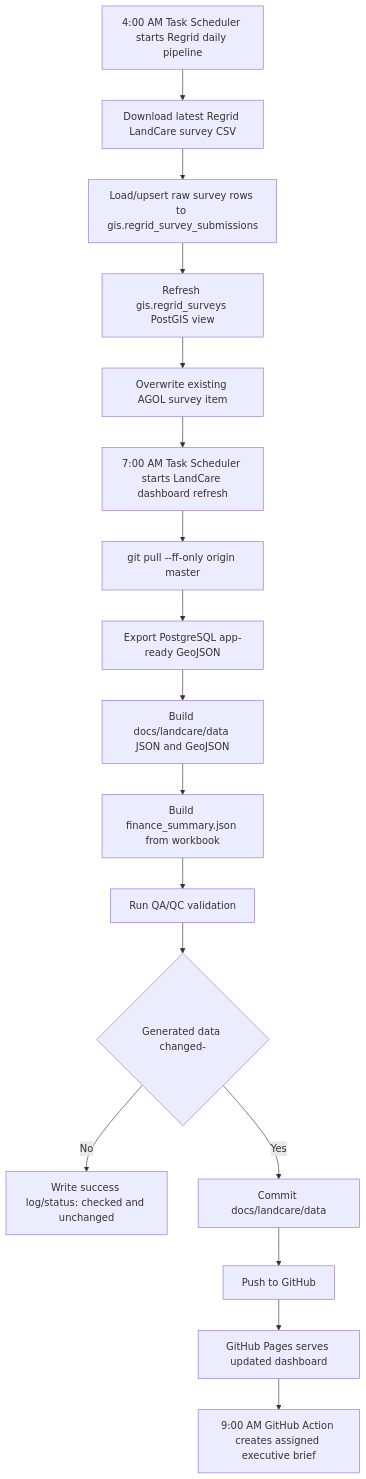
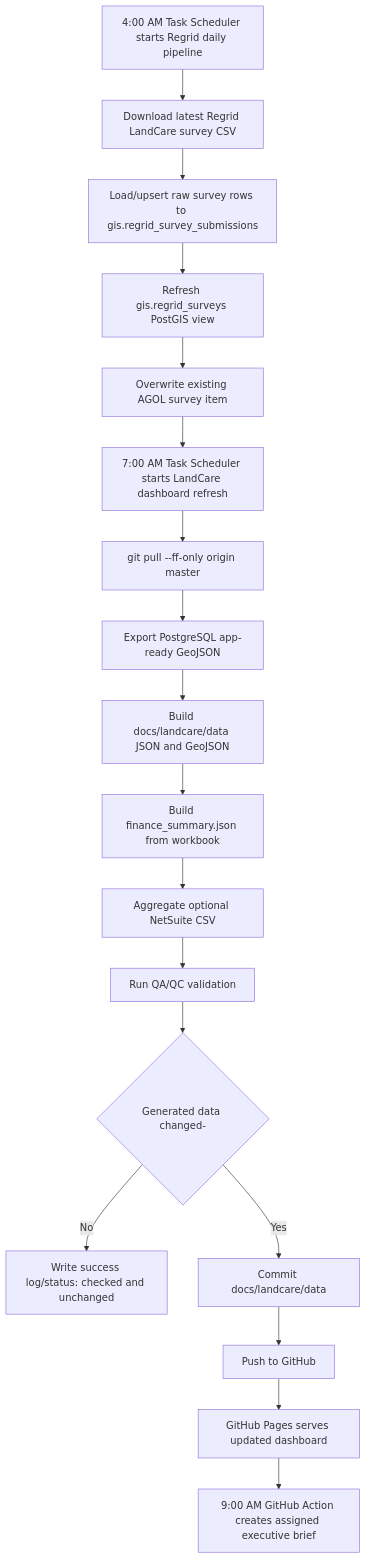
One commit to rutomo-ura/land-care-assurance changed the second of 8 diagrams in docs/task-scheduler-vm-operations.md. Above: the diagram before and after it, drawn with Mermaid. The commit also changed other lines of this file and 12 other files, not shown here.

Commit message:
Add NetSuite check request actuals to KPI

````diff
--- a/docs/task-scheduler-vm-operations.md
+++ b/docs/task-scheduler-vm-operations.md
@@ -50,19 +50,20 @@
 ```mermaid
 flowchart TD
     A["4:00 AM Task Scheduler starts Regrid daily pipeline"] --> B["Download latest Regrid LandCare survey CSV"]
     B --> C["Load/upsert raw survey rows to gis.regrid_survey_submissions"]
     C --> D["Refresh gis.regrid_surveys PostGIS view"]
     D --> E["Overwrite existing AGOL survey item"]
     E --> F["7:00 AM Task Scheduler starts LandCare dashboard refresh"]
     F --> G["git pull --ff-only origin master"]
     G --> H["Export PostgreSQL app-ready GeoJSON"]
     H --> I["Build docs/landcare/data JSON and GeoJSON"]
     I --> J["Build finance_summary.json from workbook"]
-    J --> K["Run QA/QC validation"]
+    J --> NS["Aggregate optional NetSuite CSV"]
+    NS --> K["Run QA/QC validation"]
     K --> L{"Generated data changed-"}
     L -->|No| M["Write success log/status: checked and unchanged"]
     L -->|Yes| N["Commit docs/landcare/data"]
     N --> O["Push to GitHub"]
     O --> P["GitHub Pages serves updated dashboard"]
     P --> Q["9:00 AM GitHub Action creates assigned executive brief"]
 ```
````
